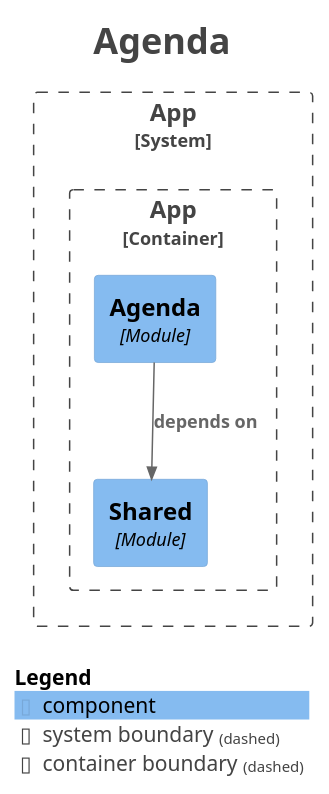
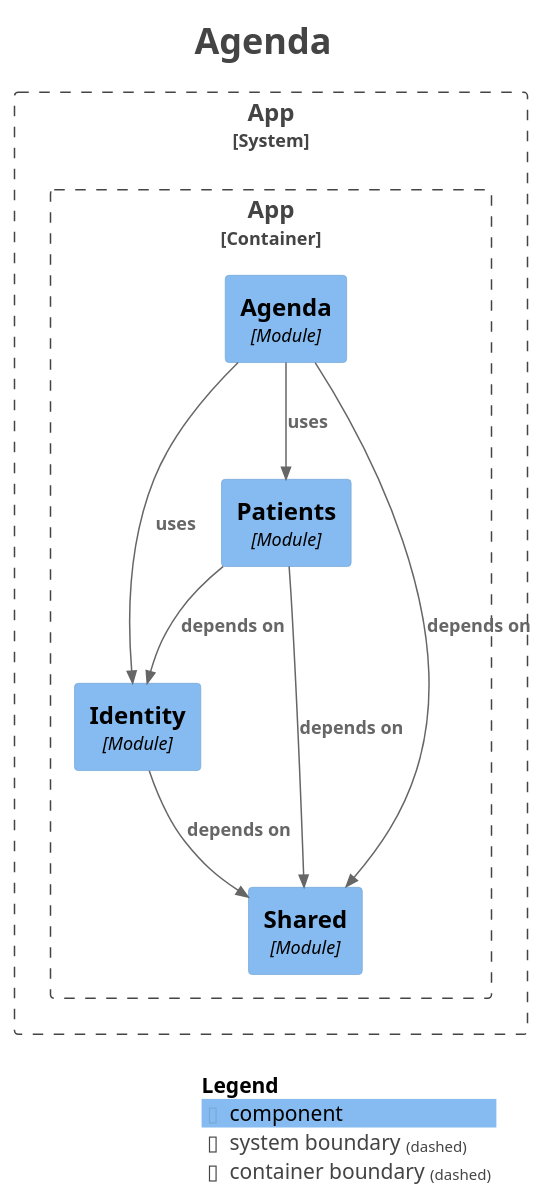
One commit to mrscams/psymate-api changed the diagram in docs/generated/module-agenda.puml. Above: the diagram before and after it, drawn with PlantUML. The commit also changed 3 other files, not shown here.

Commit message:
M11-06 Docs générées des modules : agenda utilise identity et patients

```diff
--- a/docs/generated/module-agenda.puml
+++ b/docs/generated/module-agenda.puml
@@ -1,30 +1,37 @@
 @startuml
 title <size:24>Agenda</size>
 
 set separator none
 top to bottom direction
 
 <style>
   root {
     BackgroundColor: #ffffff
     FontColor: #444444
   }
 </style>
 
 !include <C4/C4>
 !include <C4/C4_Context>
 !include <C4/C4_Component>
 
 System_Boundary("App_boundary", "App", $tags="") {
   Container_Boundary("App.App_boundary", "App", $tags="") {
     Component(App.App.Agenda, "Agenda", $techn="Module", $descr="", $tags="", $link="")
+    Component(App.App.Identity, "Identity", $techn="Module", $descr="", $tags="", $link="")
+    Component(App.App.Patients, "Patients", $techn="Module", $descr="", $tags="", $link="")
     Component(App.App.Shared, "Shared", $techn="Module", $descr="", $tags="", $link="")
   }
 
 }
 
+Rel(App.App.Agenda, App.App.Identity, "uses", $techn="", $tags="", $link="")
+Rel(App.App.Agenda, App.App.Patients, "uses", $techn="", $tags="", $link="")
 Rel(App.App.Agenda, App.App.Shared, "depends on", $techn="", $tags="", $link="")
+Rel(App.App.Identity, App.App.Shared, "depends on", $techn="", $tags="", $link="")
+Rel(App.App.Patients, App.App.Identity, "depends on", $techn="", $tags="", $link="")
+Rel(App.App.Patients, App.App.Shared, "depends on", $techn="", $tags="", $link="")
 
 SHOW_LEGEND(true)
 hide stereotypes
 @enduml
```
